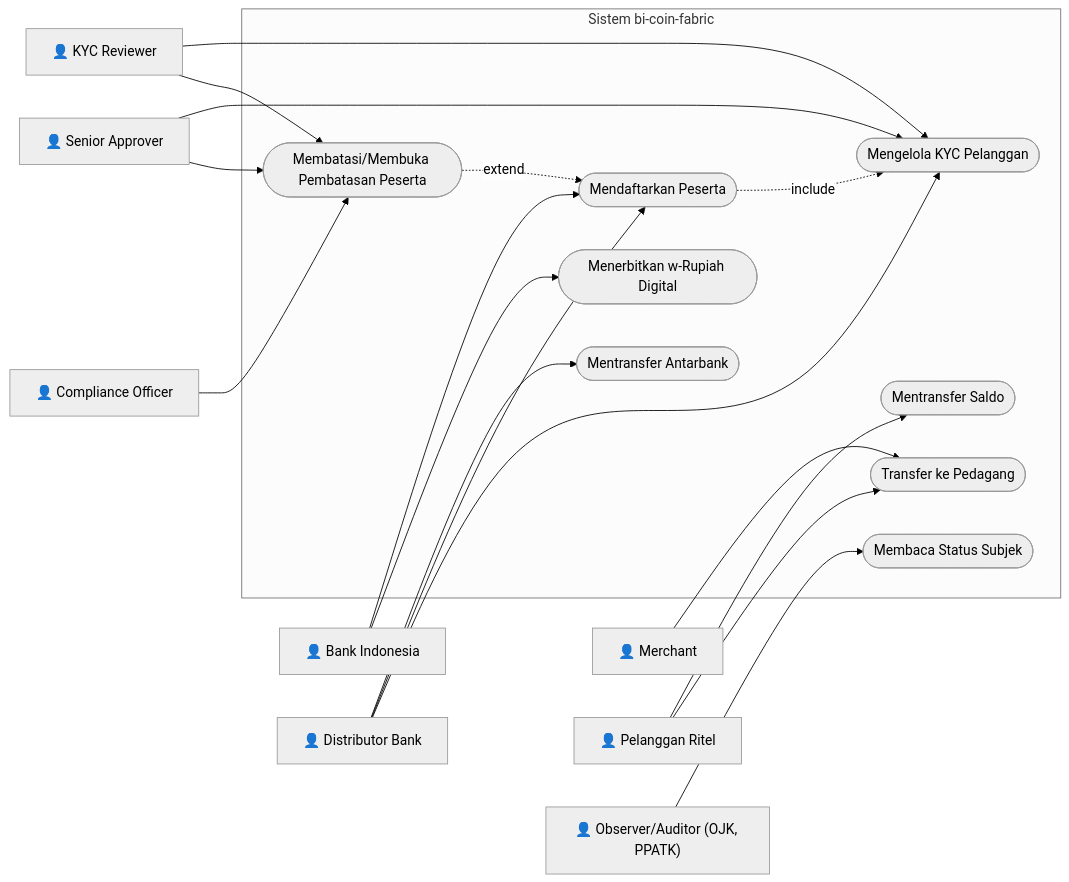
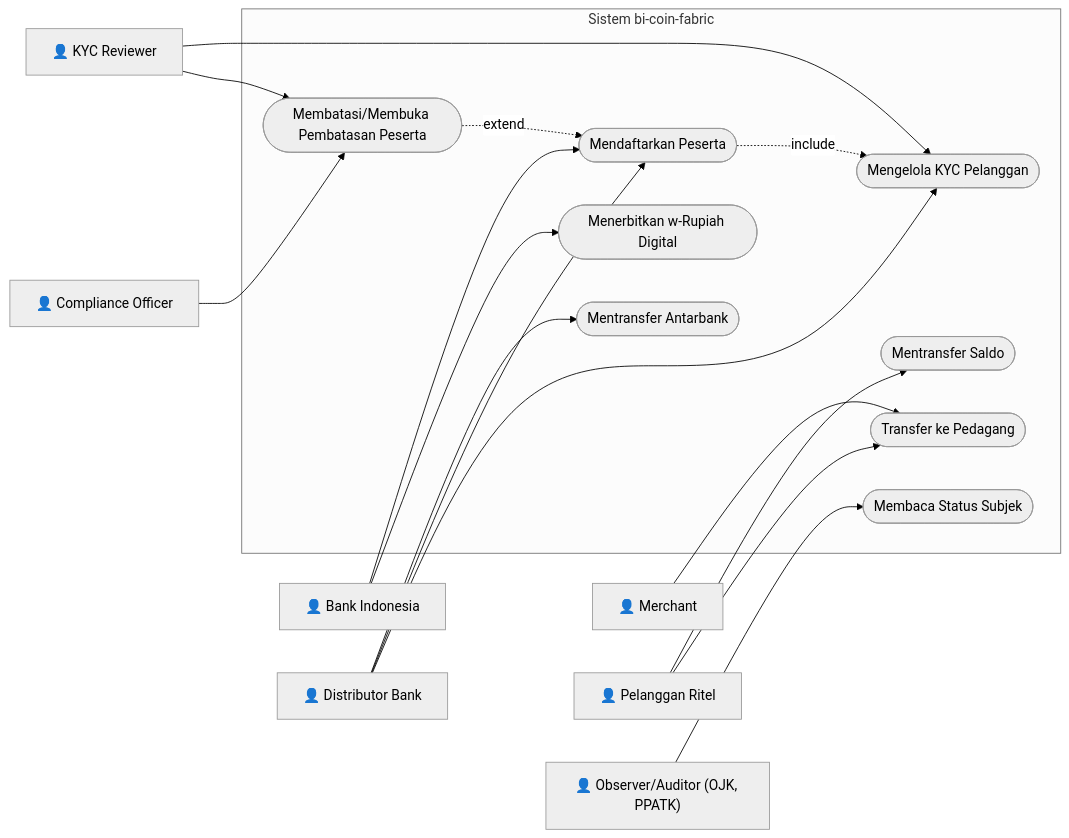
The first of 3 diagrams in bi-coin-fabric/docs/diagrams/mermaid/use-case-diagrams.md (mfachrizalg/bi-coin), drawn with Mermaid before and after one commit. The commit also changed other lines of this file and 37 other files, not shown here.

````diff
--- a/bi-coin-fabric/docs/diagrams/mermaid/use-case-diagrams.md
+++ b/bi-coin-fabric/docs/diagrams/mermaid/use-case-diagrams.md
@@ -10,41 +10,38 @@
 ```mermaid
 %%{init: {'theme': 'neutral', 'themeVariables': {'primaryColor': '#ffffff', 'primaryBorderColor': '#000000', 'lineColor': '#000000'}}}%%
 flowchart LR
     BI[👤 Bank Indonesia]
     DB["👤 Distributor Bank"]
     M[👤 Merchant]
     PR[👤 Pelanggan Ritel]
     OBS["👤 Observer/Auditor (OJK, PPATK)"]
     KYC[👤 KYC Reviewer]
-    SA[👤 Senior Approver]
     CO[👤 Compliance Officer]
 
     subgraph SYS["Sistem bi-coin-fabric"]
         UC1([Mendaftarkan Peserta])
         UC2([Menerbitkan w-Rupiah Digital])
         UC3([Mentransfer Antarbank])
         UC4([Mengelola KYC Pelanggan])
         UC5([Mentransfer Saldo])
         UC6([Transfer ke Pedagang])
         UC7([Membatasi/Membuka Pembatasan Peserta])
         UC9([Membaca Status Subjek])
     end
 
     BI --> UC1
     BI --> UC2
     DB --> UC3
     DB --> UC1
     DB --> UC4
     M --> UC6
     PR --> UC5
     PR --> UC6
     KYC --> UC4
-    SA --> UC4
     KYC --> UC7
-    SA --> UC7
     CO --> UC7
     OBS --> UC9
 
     UC1 -.->|include| UC4
     UC7 -.->|extend| UC1
 ```
````
